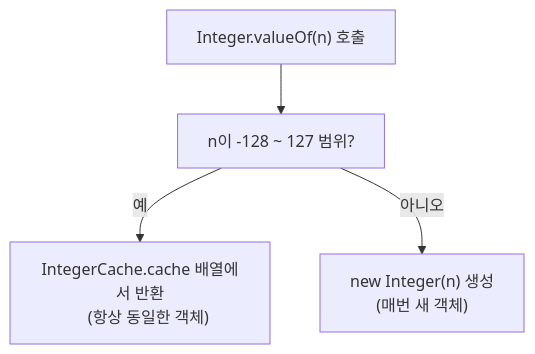
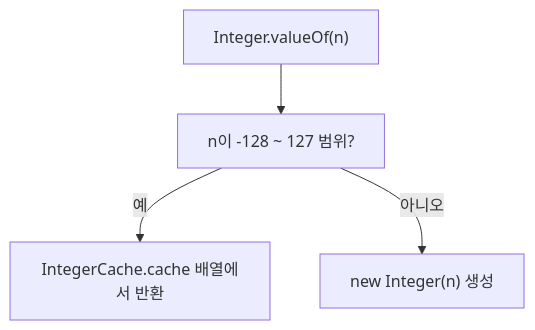
One commit to yjkim2015/yjkim2015.github.io changed the third of 4 diagrams in _posts/java/2026-05-01-java-wrapper-class.md. Above: the diagram before and after it, drawn with Mermaid. The commit also changed other lines of this file and 271 other files, not shown here.

First line of the commit message:
Mermaid 라벨 축소: 긴 노드 텍스트 18자 이하로 트림 + \n 제거

````diff
--- a/_posts/java/2026-05-01-java-wrapper-class.md
+++ b/_posts/java/2026-05-01-java-wrapper-class.md
@@ -201,12 +201,10 @@
 ```mermaid
 graph TD
-    VALUEOF["Integer.valueOf(n) 호출"]
+    VALUEOF["Integer.valueOf(n)"]
     CHECK["n이 -128 ~ 127 범위?"]
-    CACHE["IntegerCache.cache 배열에서 반환
-    (항상 동일한 객체)"]
-    NEW["new Integer(n) 생성
-    (매번 새 객체)"]
+    CACHE["IntegerCache.cache 배열에서 반환"]
+    NEW["new Integer(n) 생성"]
     VALUEOF --> CHECK
     CHECK -->|"예"| CACHE
     CHECK -->|"아니오"| NEW
 ```
````
